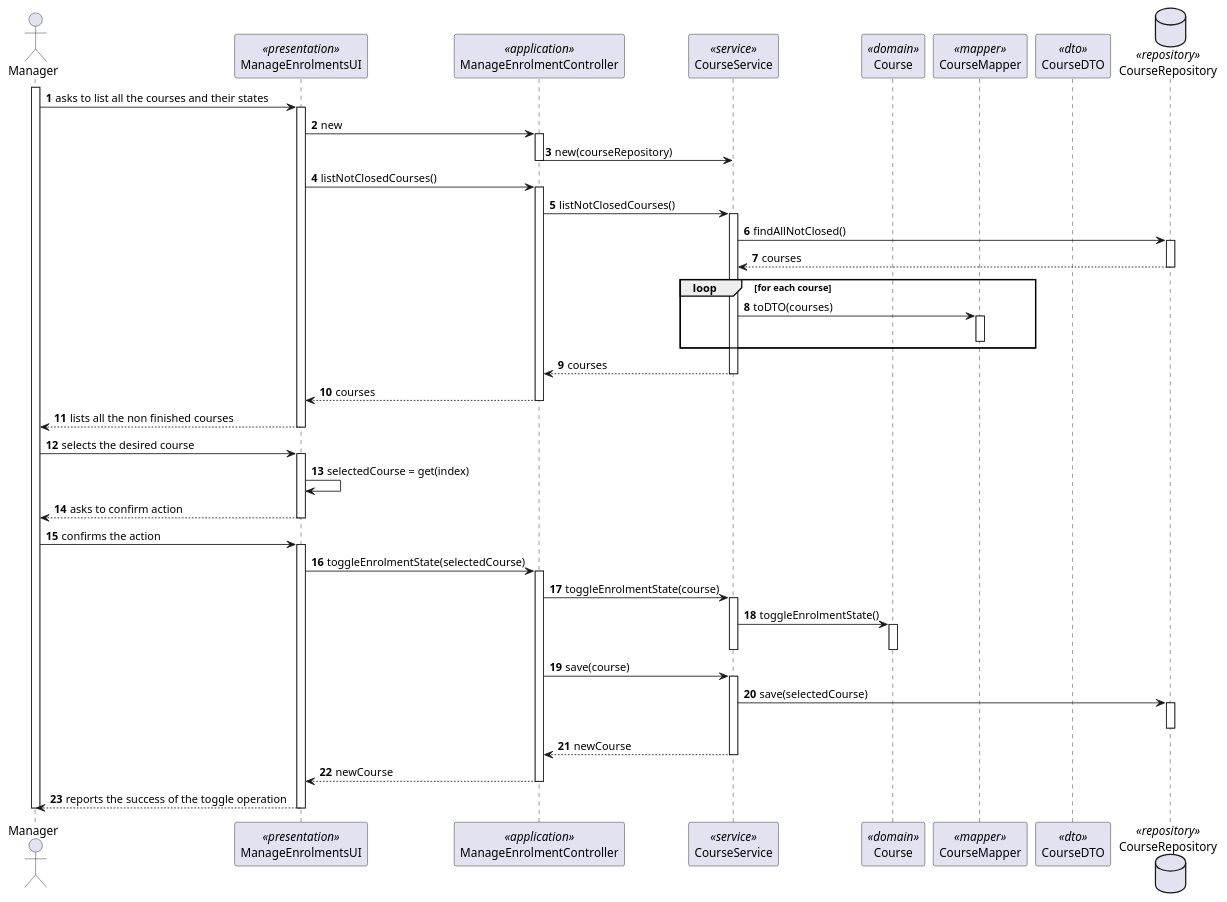
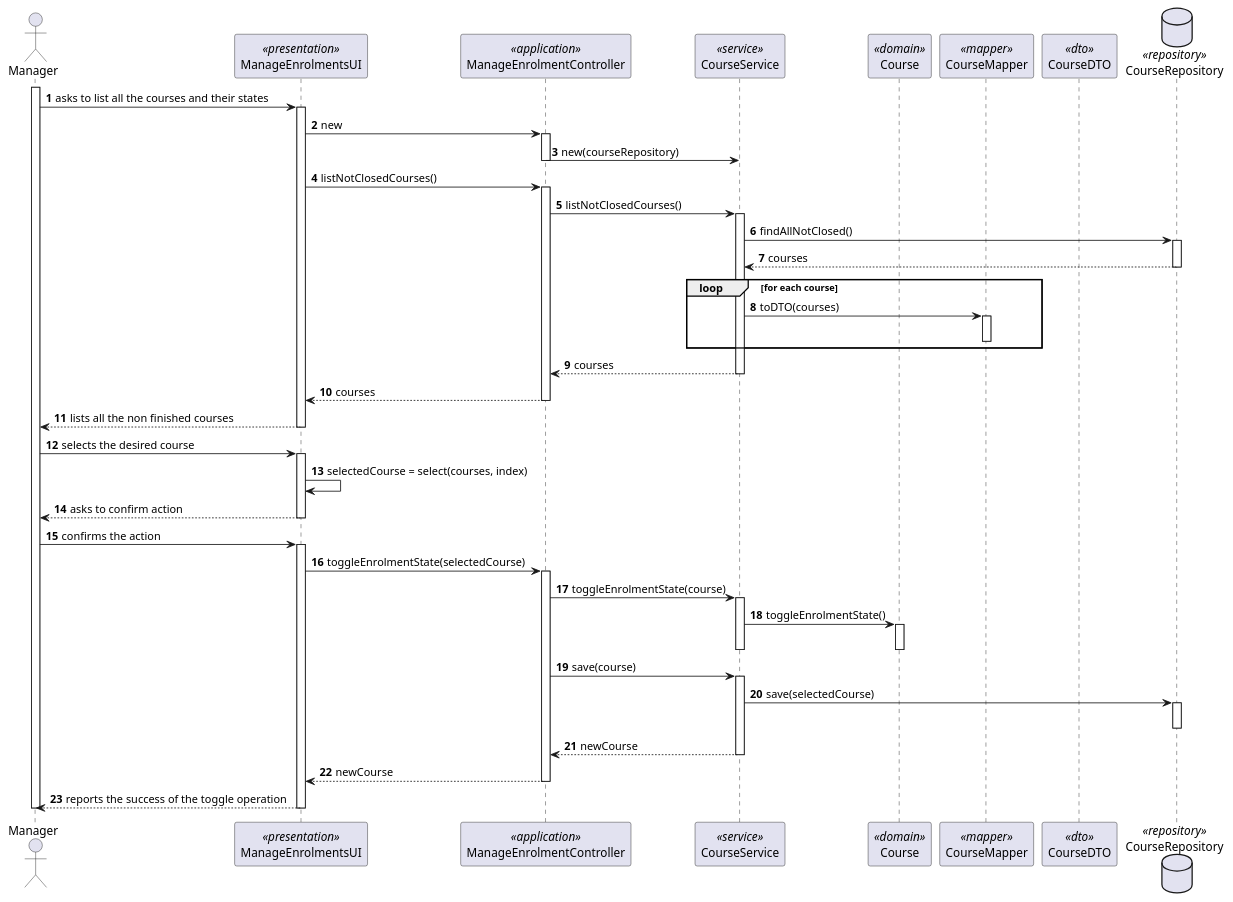
The diagram in docs/sprint-b/us09-1003/US1003_SD.puml (miseEnPlace-dev/lapr4), drawn with PlantUML before and after one commit. The commit also changed 1 other file, not shown here.

```diff
--- a/docs/sprint-b/us09-1003/US1003_SD.puml
+++ b/docs/sprint-b/us09-1003/US1003_SD.puml
@@ -1,77 +1,77 @@
 @startuml US1003_SD
 autonumber
 
 actor "Manager" as M
 participant "ManageEnrolmentsUI" as UI <<presentation>>
 participant "ManageEnrolmentController" as CTRL <<application>>
 participant "CourseService" as SRV <<service>>
 participant "Course" as C <<domain>>
 participant "CourseMapper" as MAP <<mapper>>
 participant "CourseDTO" as DTO <<dto>>
 
 database CourseRepository as REP <<repository>>
 
 activate M
 
 M -> UI : asks to list all the courses and their states
 activate UI
 
 UI -> CTRL : new
 activate CTRL
 CTRL -> SRV : new(courseRepository)
 deactivate CTRL
 
 UI -> CTRL : listNotClosedCourses()
 activate CTRL
 CTRL -> SRV : listNotClosedCourses()
 activate SRV
 SRV -> REP : findAllNotClosed()
 activate REP
 REP --> SRV : courses
 deactivate REP
 
 loop for each course
   SRV -> MAP : toDTO(courses)
   activate MAP
   deactivate MAP
 end loop
 
 SRV --> CTRL : courses
 deactivate SRV
 CTRL --> UI : courses
 deactivate CTRL
 
 UI --> M : lists all the non finished courses
 deactivate UI
 
 M -> UI : selects the desired course
 activate UI
-UI -> UI : selectedCourse = get(index)
+UI -> UI : selectedCourse = select(courses, index)
 UI --> M : asks to confirm action
 deactivate UI
 
 M -> UI : confirms the action
 activate UI
 UI -> CTRL : toggleEnrolmentState(selectedCourse)
 activate CTRL
 CTRL -> SRV : toggleEnrolmentState(course)
 activate SRV
 SRV -> C : toggleEnrolmentState()
 activate C
 deactivate C
 deactivate SRV
 CTRL -> SRV : save(course)
 activate SRV
 SRV -> REP : save(selectedCourse)
 activate REP
 deactivate REP
 SRV --> CTRL : newCourse
 deactivate SRV
 CTRL --> UI : newCourse
 deactivate CTRL
 UI--> M : reports the success of the toggle operation
 deactivate UI
 
 deactivate M
 
 @enduml
```
